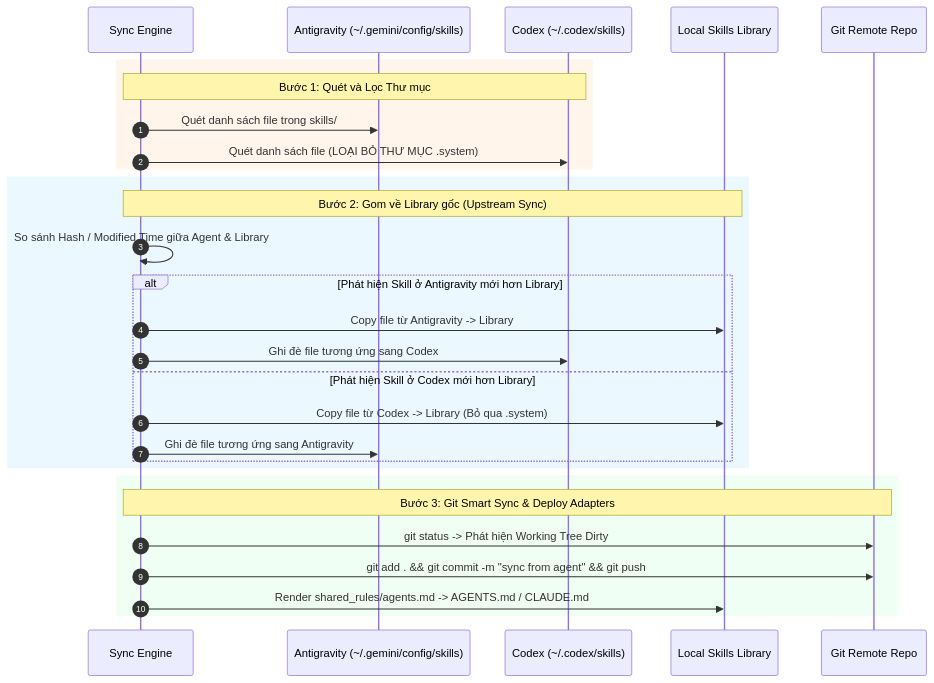
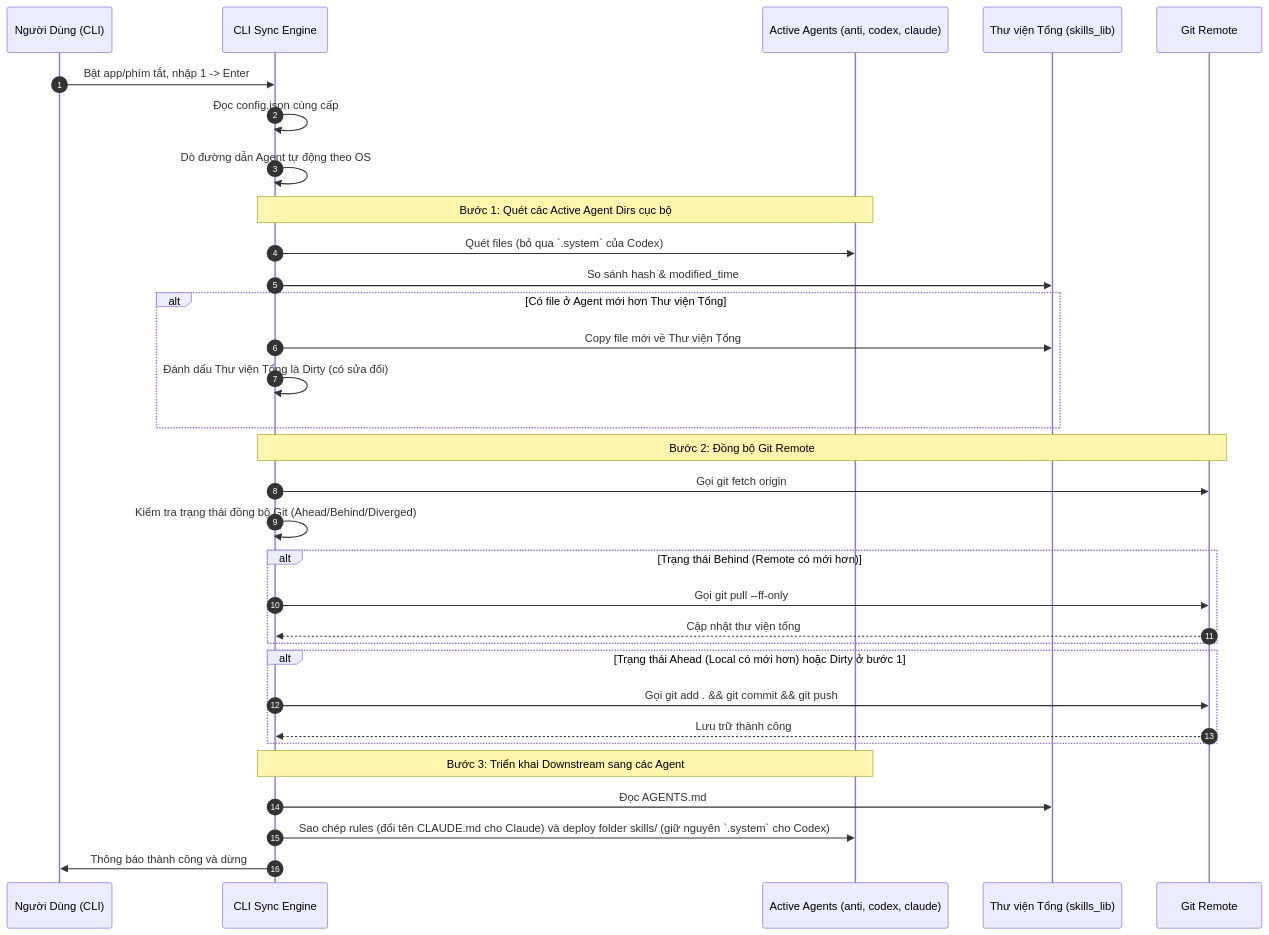
One commit to linhbv94/CLI_Skills_Sync changed the second of 3 diagrams in docs/spec/02_feature_flow.md. Above: the diagram before and after it, drawn with Mermaid. The commit also changed other lines of this file and 18 other files, not shown here.

Commit message:
feat: convert tool to CLI engine, simplify rules layout to root AGENTS.md, add clean option with remote sync, auto gitignore creation, and advance edge cases resolution

````diff
--- a/docs/spec/02_feature_flow.md
+++ b/docs/spec/02_feature_flow.md
@@ -78,34 +74,42 @@
 ```mermaid
 sequenceDiagram
     autonumber
-    participant App as Sync Engine
-    participant AG as Antigravity (~/.gemini/config/skills)
-    participant CX as Codex (~/.codex/skills)
-    participant Library as Local Skills Library
-    participant Git as Git Remote Repo
+    participant User as Người Dùng (CLI)
+    participant Engine as CLI Sync Engine
+    participant Agent as Active Agents (anti, codex, claude)
+    participant Tong as Thư viện Tổng (skills_lib)
+    participant Git as Git Remote
 
-    rect rgb(255, 245, 235)
-        note over App, CX: Bước 1: Quét và Lọc Thư mục
-        App->>AG: Quét danh sách file trong skills/
-        App->>CX: Quét danh sách file (LOẠI BỎ THƯ MỤC .system)
+    User->>Engine: Bật app/phím tắt, nhập 1 -> Enter
+    Engine->>Engine: Đọc config.json cùng cấp
+    Engine->>Engine: Dò đường dẫn Agent tự động theo OS
+    
+    Note over Engine, Agent: Bước 1: Quét các Active Agent Dirs cục bộ
+    Engine->>Agent: Quét files (bỏ qua `.system` của Codex)
+    Engine->>Tong: So sánh hash & modified_time
+    
+    alt Có file ở Agent mới hơn Thư viện Tổng
+        Engine->>Tong: Copy file mới về Thư viện Tổng
+        Engine->>Engine: Đánh dấu Thư viện Tổng là Dirty (có sửa đổi)
     end
-
-    rect rgb(235, 248, 255)
-        note over App, Library: Bước 2: Gom về Library gốc (Upstream Sync)
-        App->>App: So sánh Hash / Modified Time giữa Agent & Library
-        alt Phát hiện Skill ở Antigravity mới hơn Library
-            App->>Library: Copy file từ Antigravity -> Library
-            App->>CX: Ghi đè file tương ứng sang Codex
-        else Phát hiện Skill ở Codex mới hơn Library
-            App->>Library: Copy file từ Codex -> Library (Bỏ qua .system)
-            App->>AG: Ghi đè file tương ứng sang Antigravity
-        end
+    
+    Note over Engine, Git: Bước 2: Đồng bộ Git Remote
+    Engine->>Git: Gọi git fetch origin
+    Engine->>Engine: Kiểm tra trạng thái đồng bộ Git (Ahead/Behind/Diverged)
+    
+    alt Trạng thái Behind (Remote có mới hơn)
+        Engine->>Git: Gọi git pull --ff-only
+        Git-->>Engine: Cập nhật thư viện tổng
     end
-
-    rect rgb(240, 255, 244)
-        note over App, Git: Bước 3: Git Smart Sync & Deploy Adapters
-        App->>Git: git status -> Phát hiện Working Tree Dirty
-        App->>Git: git add . && git commit -m "sync from agent" && git push
-        App->>Library: Render shared_rules/agents.md -> AGENTS.md / CLAUDE.md
+    
+    alt Trạng thái Ahead (Local có mới hơn) hoặc Dirty ở bước 1
+        Engine->>Git: Gọi git add . && git commit && git push
+        Git-->>Engine: Lưu trữ thành công
     end
+    
+    Note over Engine, Agent: Bước 3: Triển khai Downstream sang các Agent
+    Engine->>Tong: Đọc AGENTS.md
+    Engine->>Agent: Sao chép rules (đổi tên CLAUDE.md cho Claude) và deploy folder skills/ (giữ nguyên `.system` cho Codex)
+    
+    Engine->>User: Thông báo thành công và dừng
 ```
````
